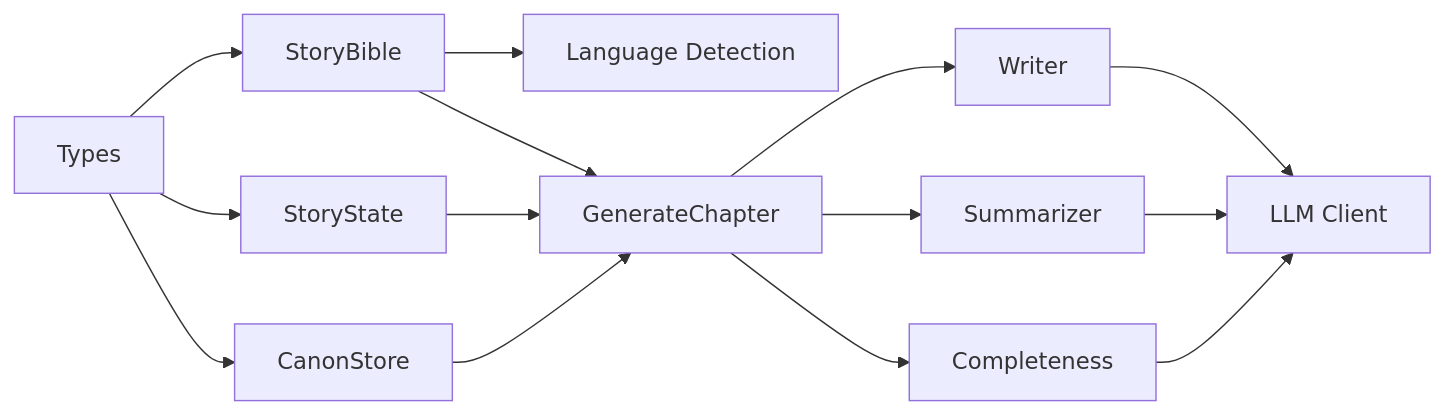
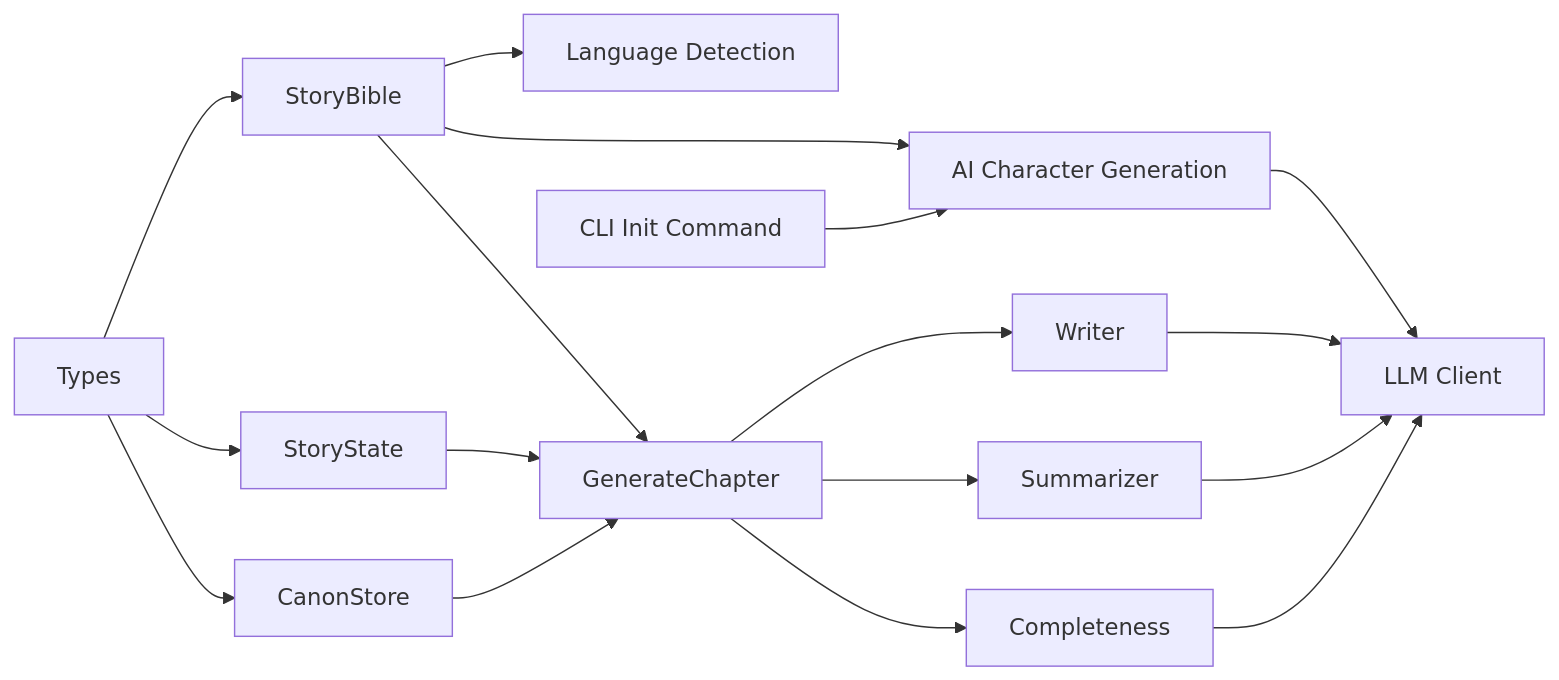
Before and after one commit to liwonder/NARRITIVE_OS: diagram 15 of 15 in .qoder/repowiki/en/content/Story Management System/Story Bible Management.md, drawn with Mermaid. The commit also changed other lines of this file and 5 other files, not shown here.

````diff
--- a/.qoder/repowiki/en/content/Story Management System/Story Bible Management.md
+++ b/.qoder/repowiki/en/content/Story Management System/Story Bible Management.md
@@ -477,16 +563,19 @@
 ```mermaid
 graph LR
 Types["Types"] --> StoryBible["StoryBible"]
 Types --> StoryState["StoryState"]
 Types --> Canon["CanonStore"]
 StoryBible --> Language["Language Detection"]
 StoryBible --> Pipeline["GenerateChapter"]
+StoryBible --> AI["AI Character Generation"]
+AI --> LLM["LLM Client"]
 StoryState --> Pipeline
 Canon --> Pipeline
 Pipeline --> Writer["Writer"]
 Pipeline --> Summarizer["Summarizer"]
 Pipeline --> Completeness["Completeness"]
-Writer --> LLM["LLM Client"]
+Writer --> LLM
 Summarizer --> LLM
 Completeness --> LLM
+CLI["CLI Init Command"] --> AI
 ```
````
